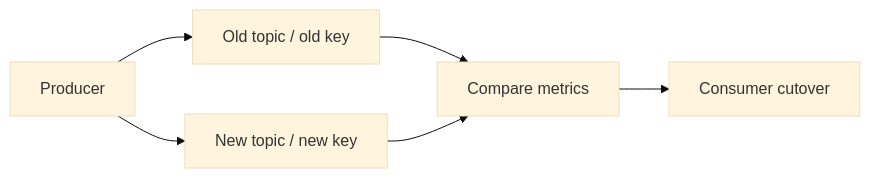
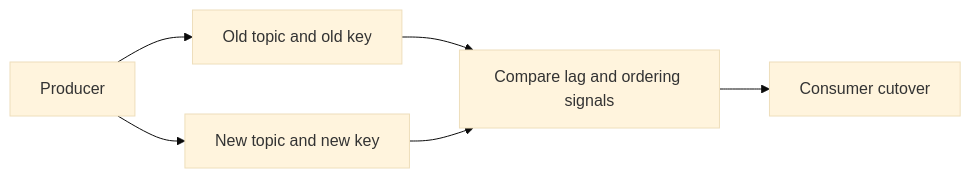
Before and after one commit to sandeepbhardwaj/sandeepbhardwaj.github.io: the diagram in _posts/2026-06-25-kafka-partition-strategy-ordering-hotspots-part-3.md, drawn with Mermaid (base theme). The commit also changed other lines of this file and 113 other files, not shown here.

````diff
--- a/_posts/2026-06-25-kafka-partition-strategy-ordering-hotspots-part-3.md
+++ b/_posts/2026-06-25-kafka-partition-strategy-ordering-hotspots-part-3.md
@@ -45,8 +41,8 @@
 ```mermaid
 flowchart LR
-    A[Producer] --> B[Old topic / old key]
-    A --> C[New topic / new key]
-    B --> D[Compare metrics]
+    A[Producer] --> B[Old topic and old key]
+    A --> C[New topic and new key]
+    B --> D[Compare lag and ordering signals]
     C --> D
     D --> E[Consumer cutover]
 ```
````
